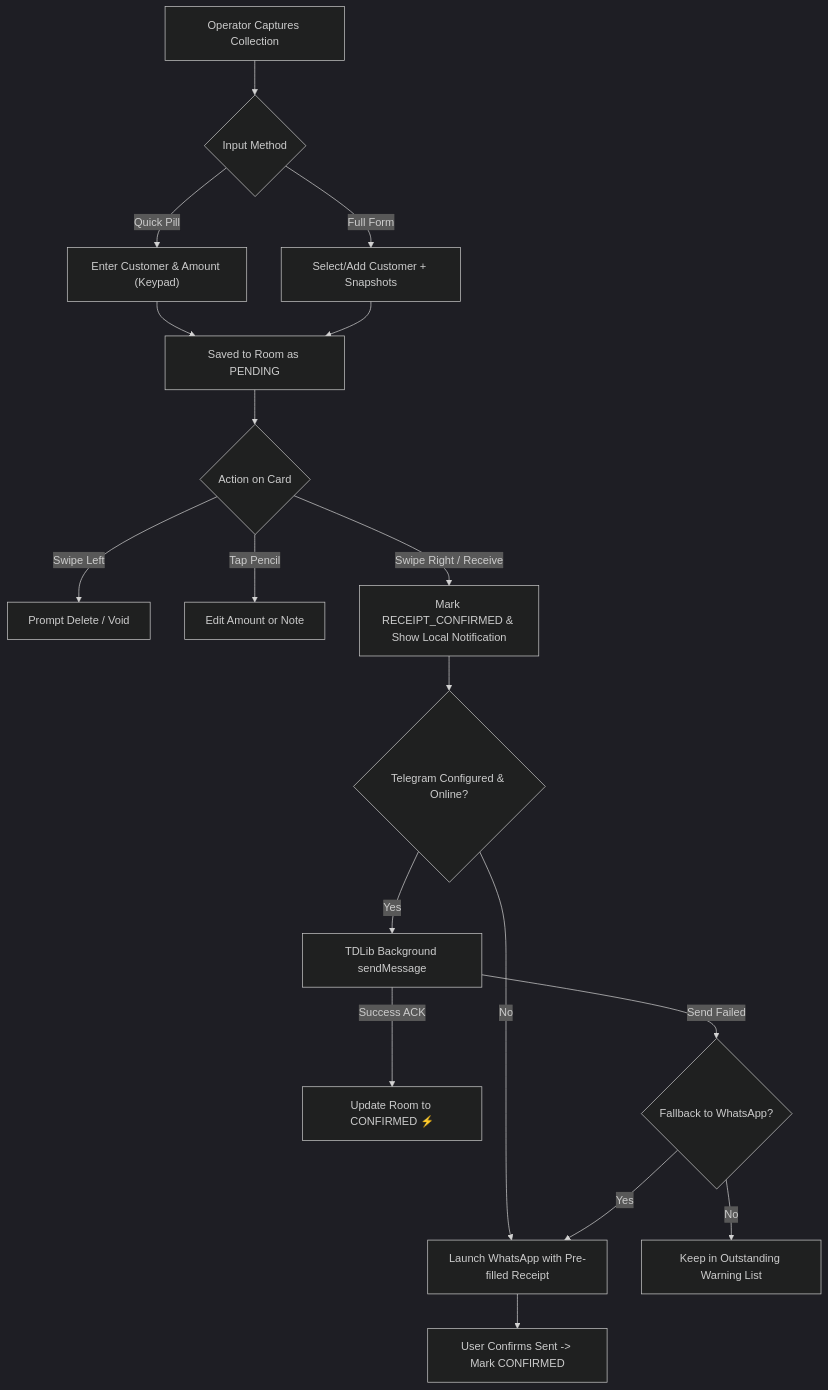
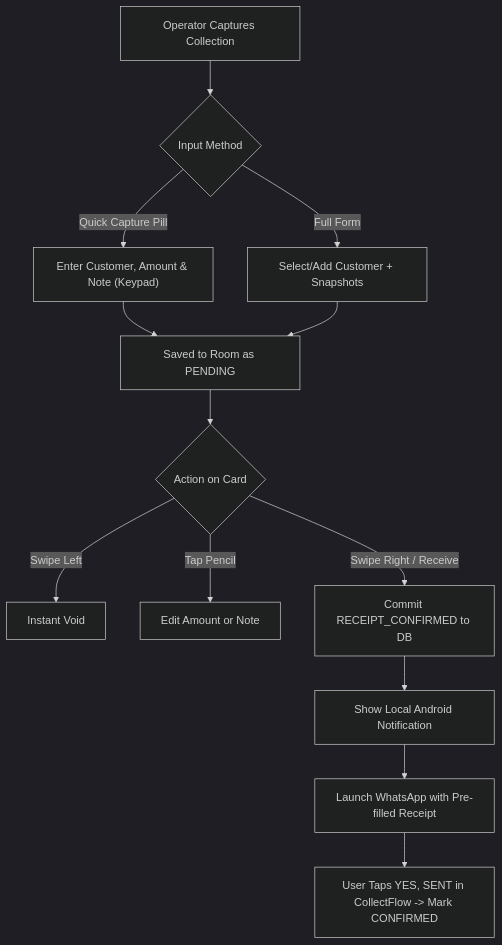
The diagram in WORKFLOW_AND_PLAN.md (JayeshVegda/CollectFlow), drawn with Mermaid (dark theme) before and after one commit. The commit also changed other lines of this file and 7 other files, not shown here.

Commit message:
fix: resolve LocalLifecycleOwner crash with 3-tier fix, update Lifecycle to 2.8.4, and remove dead Telegram code

````diff
--- a/WORKFLOW_AND_PLAN.md
+++ b/WORKFLOW_AND_PLAN.md
@@ -9,20 +9,15 @@
 ```mermaid
 flowchart TD
     A["Operator Captures Collection"] --> B{"Input Method"}
-    B -->|Quick Pill| C["Enter Customer & Amount (Keypad)"]
+    B -->|Quick Capture Pill| C["Enter Customer, Amount & Note (Keypad)"]
     B -->|Full Form| D["Select/Add Customer + Snapshots"]
     C --> E["Saved to Room as PENDING"]
     D --> E
     E --> F{"Action on Card"}
-    F -->|Swipe Left| G["Prompt Delete / Void"]
+    F -->|Swipe Left| G["Instant Void"]
     F -->|Tap Pencil| H["Edit Amount or Note"]
-    F -->|Swipe Right / Receive| I["Mark RECEIPT_CONFIRMED & Show Local Notification"]
-    I --> J{"Telegram Configured & Online?"}
-    J -->|Yes| K["TDLib Background sendMessage"]
-    K -->|Success ACK| L["Update Room to CONFIRMED ⚡"]
-    K -->|Send Failed| M{"Fallback to WhatsApp?"}
-    J -->|No| N["Launch WhatsApp with Pre-filled Receipt"]
-    M -->|Yes| N
-    M -->|No| O["Keep in Outstanding Warning List"]
-    N --> P["User Confirms Sent -> Mark CONFIRMED"]
+    F -->|Swipe Right / Receive| I["Commit RECEIPT_CONFIRMED to DB"]
+    I --> J["Show Local Android Notification"]
+    J --> K["Launch WhatsApp with Pre-filled Receipt"]
+    K --> L["User Taps YES, SENT in CollectFlow -> Mark CONFIRMED"]
 ```
````
